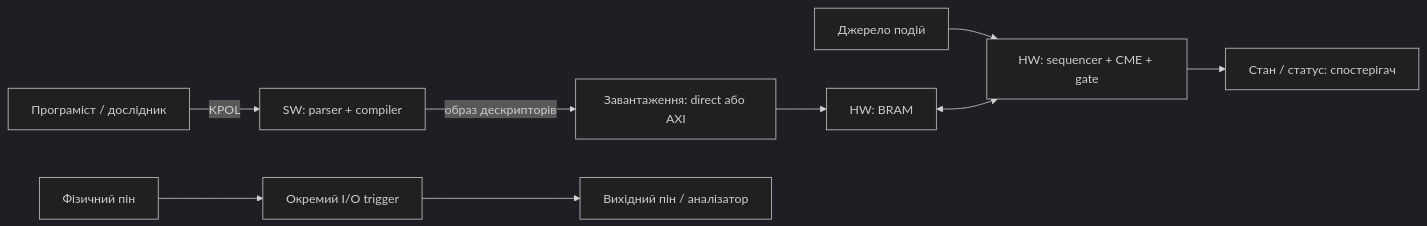
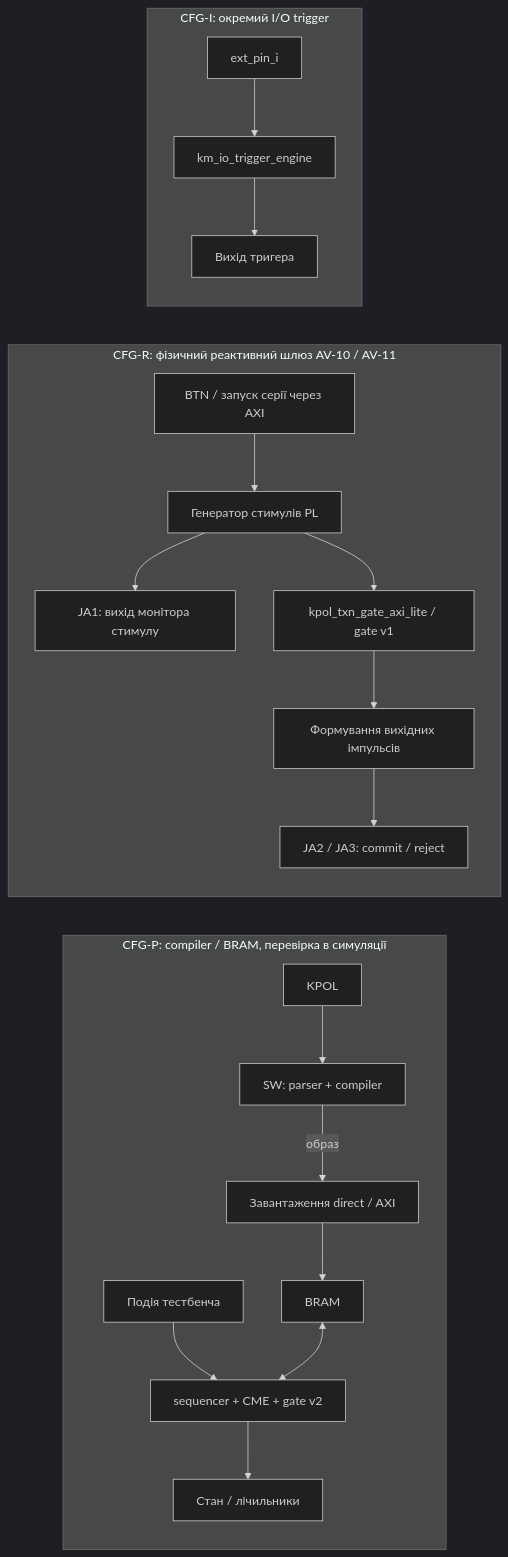
The diagram in architecture/s2-candidate-system.md (nick-fedchik/kuzmin-machine), drawn with Mermaid (dark theme) before and after one commit. The commit also changed other lines of this file and 1 other file, not shown here.

````diff
--- a/architecture/s2-candidate-system.md
+++ b/architecture/s2-candidate-system.md
@@ -50,11 +70,22 @@
 ```mermaid
 flowchart LR
-    U["Програміст / дослідник"] -->|"KPOL"| C["SW: parser + compiler"]
-    C -->|"образ дескрипторів"| L["Завантаження: direct або AXI"]
-    L --> B["HW: BRAM"]
-    T["Джерело подій"] --> S["HW: sequencer + CME + gate"]
-    B <--> S
-    S --> O["Стан / статус: спостерігач"]
-    P["Фізичний пін"] --> I["Окремий I/O trigger"]
-    I --> Q["Вихідний пін / аналізатор"]
+    subgraph CP["CFG-P: compiler / BRAM, перевірка в симуляції"]
+        U["KPOL"] --> C["SW: parser + compiler"]
+        C -->|"образ"| L["Завантаження direct / AXI"]
+        L --> B["BRAM"]
+        T["Подія тестбенча"] --> S["sequencer + CME + gate v2"]
+        B <--> S
+        S --> O["Стан / лічильники"]
+    end
+    subgraph CR["CFG-R: фізичний реактивний шлюз AV-10 / AV-11"]
+        START["BTN / запуск серії через AXI"] --> GEN["Генератор стимулів PL"]
+        GEN --> MON["JA1: вихід монітора стимулу"]
+        GEN --> G["kpol_txn_gate_axi_lite / gate v1"]
+        G --> STRETCH["Формування вихідних імпульсів"]
+        STRETCH --> OUT["JA2 / JA3: commit / reject"]
+    end
+    subgraph CI["CFG-I: окремий I/O trigger"]
+        P["ext_pin_i"] --> I["km_io_trigger_engine"]
+        I --> Q["Вихід тригера"]
+    end
 ```
````
